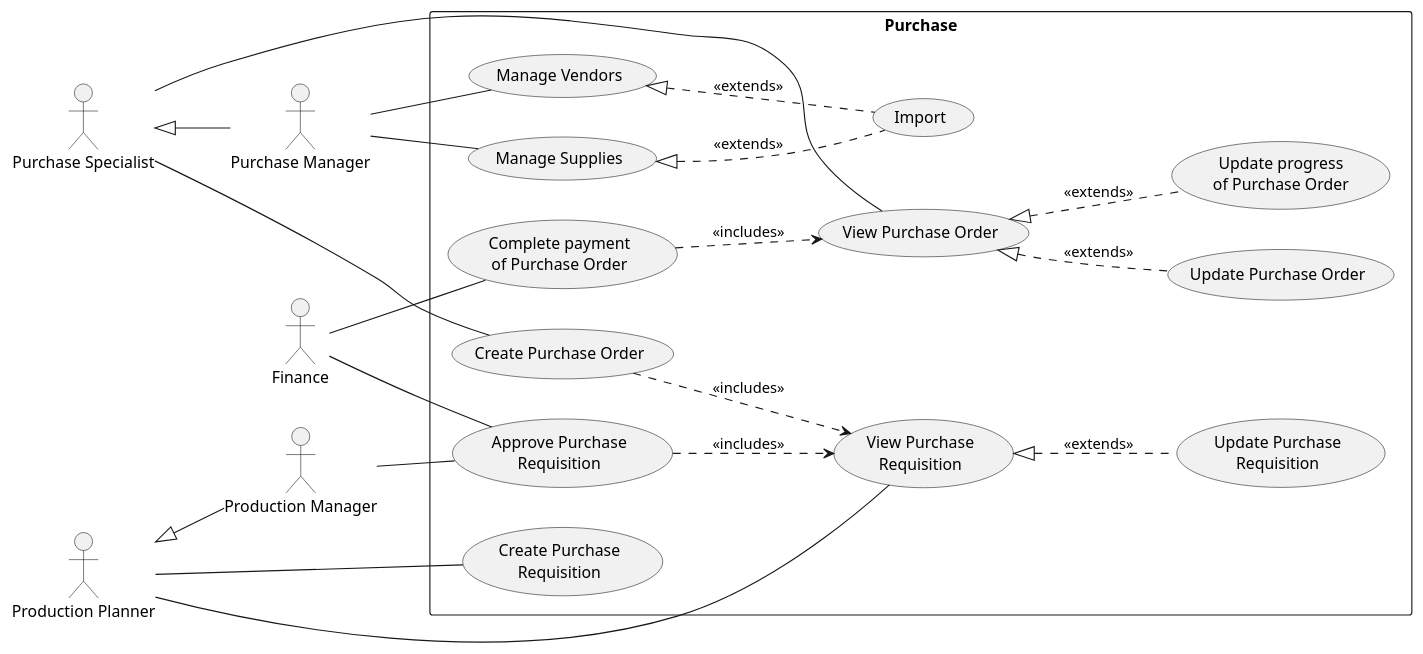
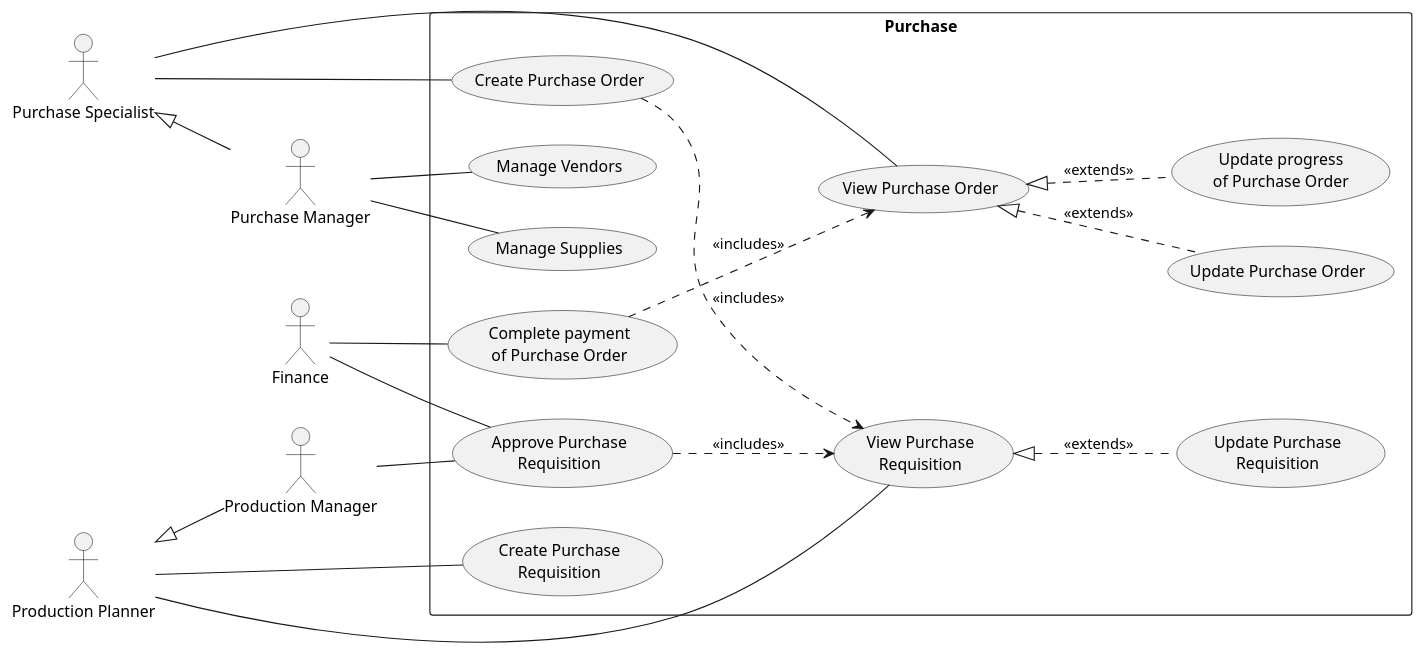
The diagram in use-cases/purchase.plantuml (phihungha/scmss-reqs), drawn with PlantUML before and after one commit. The commit also changed 7 other files, not shown here.

```diff
--- a/use-cases/purchase.plantuml
+++ b/use-cases/purchase.plantuml
@@ -1,35 +1,33 @@
 @startuml purchase
 left to right direction
 
 :Finance: as f
 
 :Production Planner: as pp
 :Production Manager: as prm
 pp <|-- prm
 
 :Purchase Manager: as pm
 :Purchase Specialist: as ps
 ps <|-- pm
 
 rectangle Purchase {
     pp -- (Create Purchase\nRequisition)
     pp -- (View Purchase\nRequisition)
     (View Purchase\nRequisition) <|.. (Update Purchase\nRequisition) : <<extends>>
     f -- (Approve Purchase\nRequisition)
     prm -- (Approve Purchase\nRequisition)
     (Approve Purchase\nRequisition) ..> (View Purchase\nRequisition) : <<includes>>
 
     ps -- (Create Purchase Order)
     (Create Purchase Order) ..> (View Purchase\nRequisition) : <<includes>>
     ps -- (View Purchase Order)
     (View Purchase Order) <|.. (Update Purchase Order) : <<extends>>
     (View Purchase Order) <|.. (Update progress\nof Purchase Order) : <<extends>>
     f -- (Complete payment\nof Purchase Order)
     (Complete payment\nof Purchase Order) ..> (View Purchase Order) : <<includes>>
 
     pm -- (Manage Vendors)
-    (Manage Vendors) <|.. (Import) : <<extends>>
     pm -- (Manage Supplies)
-    (Manage Supplies) <|.. (Import) : <<extends>>
 }
 @enduml
```
